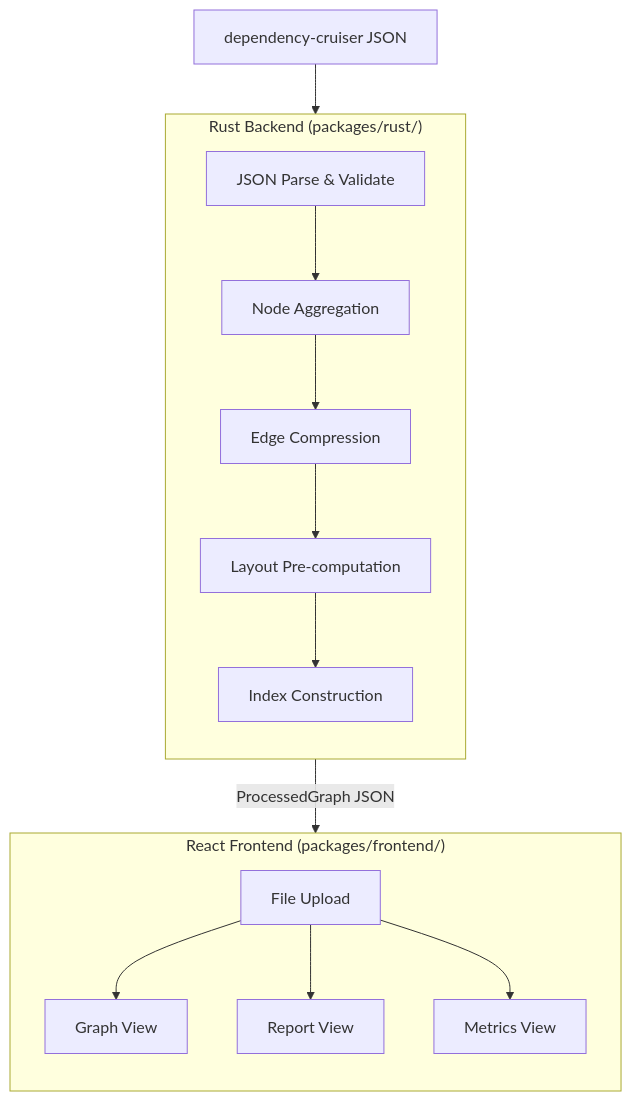
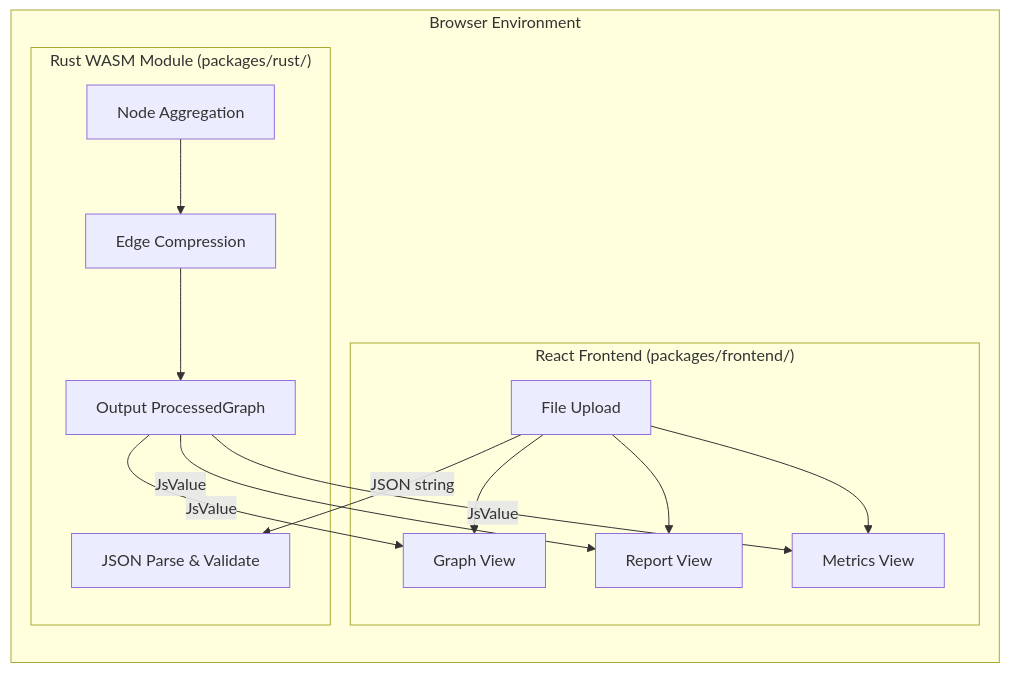
One commit to fisher-89/dependency-cruiser-reporter changed the second of 3 diagrams in docs/architecture/overview.md. Above: the diagram before and after it, drawn with Mermaid. The commit also changed other lines of this file and 7 other files, not shown here.

First line of the commit message:
docs: add packages documentation for cli, wasm, and frontend

````diff
--- a/docs/architecture/overview.md
+++ b/docs/architecture/overview.md
@@ -14,28 +16,30 @@
 ```mermaid
 flowchart TB
-    subgraph Backend["Rust Backend (packages/rust/)"]
+    subgraph Browser["Browser Environment"]
         direction TB
-        Parse[JSON Parse & Validate]
-        Agg[Node Aggregation]
-        Edge[Edge Compression]
-        Layout[Layout Pre-computation]
-        Index[Index Construction]
 
-        Parse --> Agg --> Edge --> Layout --> Index
+        subgraph Frontend["React Frontend (packages/frontend/)"]
+            Upload[File Upload]
+            Graph[Graph View]
+            Report[Report View]
+            Metrics[Metrics View]
+
+            Upload --> Graph
+            Upload --> Report
+            Upload --> Metrics
+        end
+
+        subgraph WASM["Rust WASM Module (packages/rust/)"]
+            Parse[JSON Parse & Validate]
+            Agg[Node Aggregation]
+            Edge[Edge Compression]
+            Output[Output ProcessedGraph]
+        end
+
+        Upload -->|JSON string| Parse
+        Agg --> Edge --> Output
+        Output -->|JsValue| Graph
+        Output -->|JsValue| Report
+        Output -->|JsValue| Metrics
     end
-
-    subgraph Frontend["React Frontend (packages/frontend/)"]
-        direction TB
-        Upload[File Upload]
-        Graph[Graph View]
-        Report[Report View]
-        Metrics[Metrics View]
-
-        Upload --> Graph
-        Upload --> Report
-        Upload --> Metrics
-    end
-
-    DC2[dependency-cruiser JSON] --> Parse
-    Index -->|ProcessedGraph JSON| Upload
 ```
````
